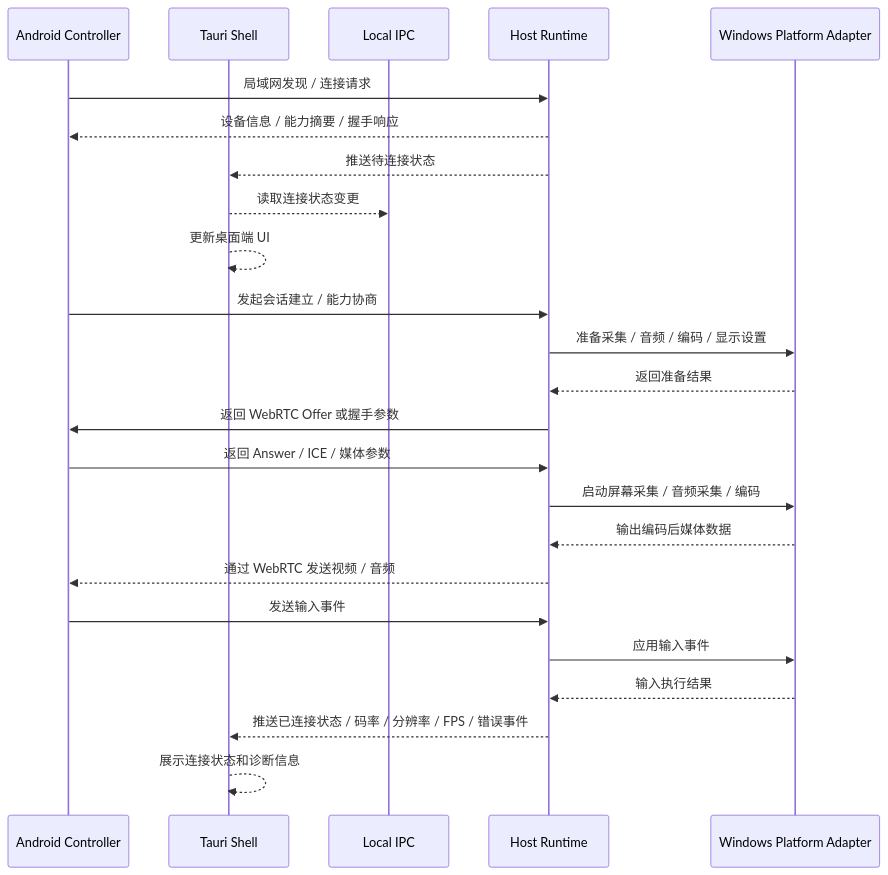
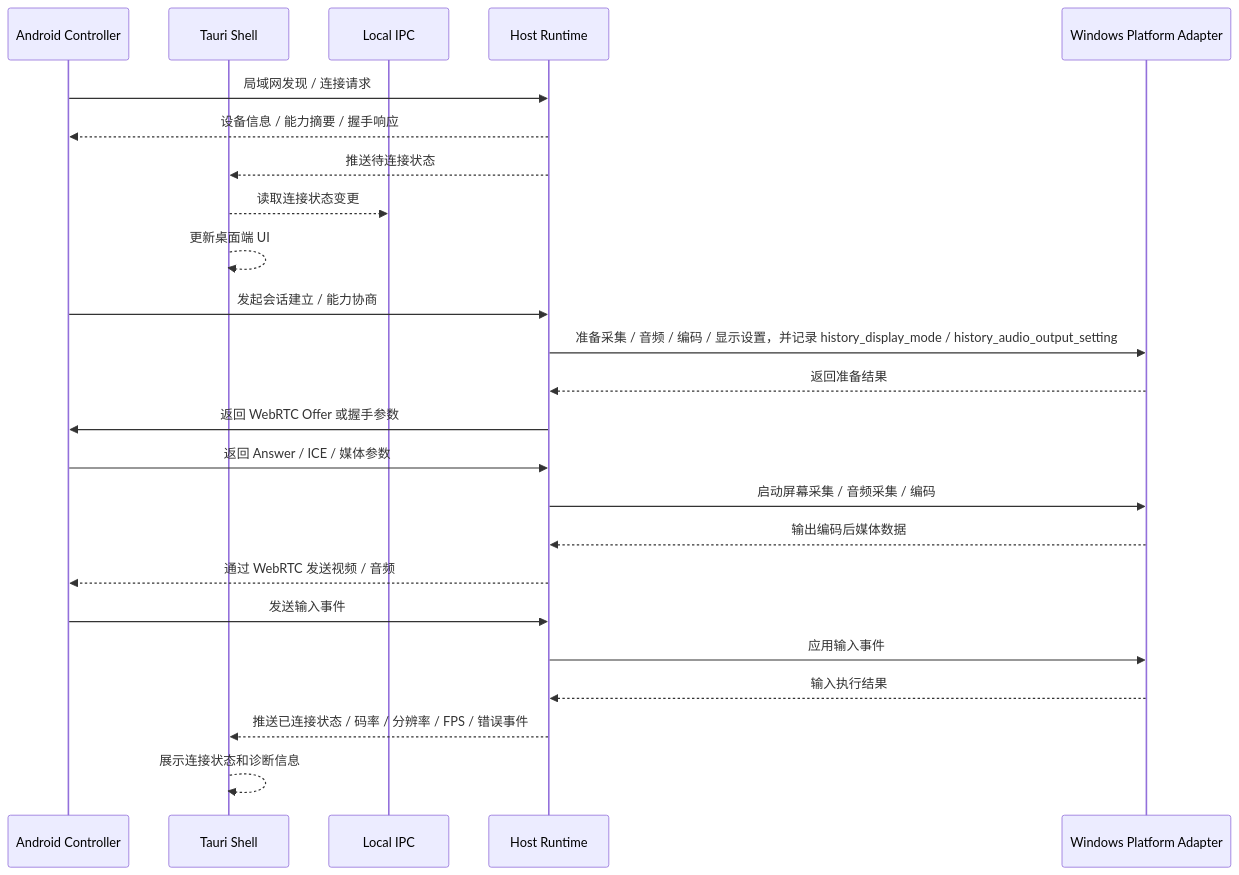
One commit to ParadiseZ/AkaDesk changed the fourth of 9 diagrams in docs/03-项目流程图.md. Above: the diagram before and after it, drawn with Mermaid. The commit also changed other lines of this file and 8 other files, not shown here.

Commit message:
feat: 更新音频输出设置恢复逻辑 - 添加会话断开时恢复 `history_audio_output_setting` - 在多个文档中记录音频输出设置的快照 - 优化音频采集策略，确保使用当前输出设备进行 loopback capture

````diff
--- a/docs/03-项目流程图.md
+++ b/docs/03-项目流程图.md
@@ -96,31 +96,31 @@
 ```mermaid
 sequenceDiagram
     participant A as Android Controller
     participant T as Tauri Shell
     participant I as Local IPC
     participant H as Host Runtime
     participant W as Windows Platform Adapter
 
     A->>H: 局域网发现 / 连接请求
     H-->>A: 设备信息 / 能力摘要 / 握手响应
     H-->>T: 推送待连接状态
     T-->>I: 读取连接状态变更
     T-->>T: 更新桌面端 UI
 
     A->>H: 发起会话建立 / 能力协商
-    H->>W: 准备采集 / 音频 / 编码 / 显示设置
+    H->>W: 准备采集 / 音频 / 编码 / 显示设置，并记录 history_display_mode / history_audio_output_setting
     W-->>H: 返回准备结果
 
     H->>A: 返回 WebRTC Offer 或握手参数
     A->>H: 返回 Answer / ICE / 媒体参数
     H->>W: 启动屏幕采集 / 音频采集 / 编码
     W-->>H: 输出编码后媒体数据
     H-->>A: 通过 WebRTC 发送视频 / 音频
 
     A->>H: 发送输入事件
     H->>W: 应用输入事件
     W-->>H: 输入执行结果
 
     H-->>T: 推送已连接状态 / 码率 / 分辨率 / FPS / 错误事件
     T-->>T: 展示连接状态和诊断信息
 ```
````
